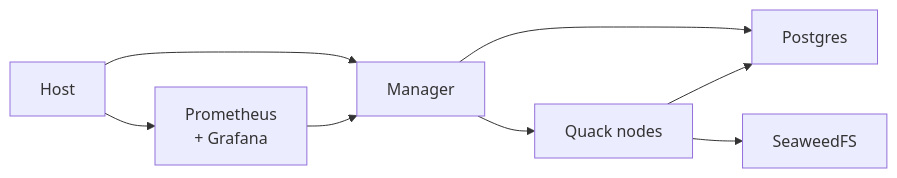
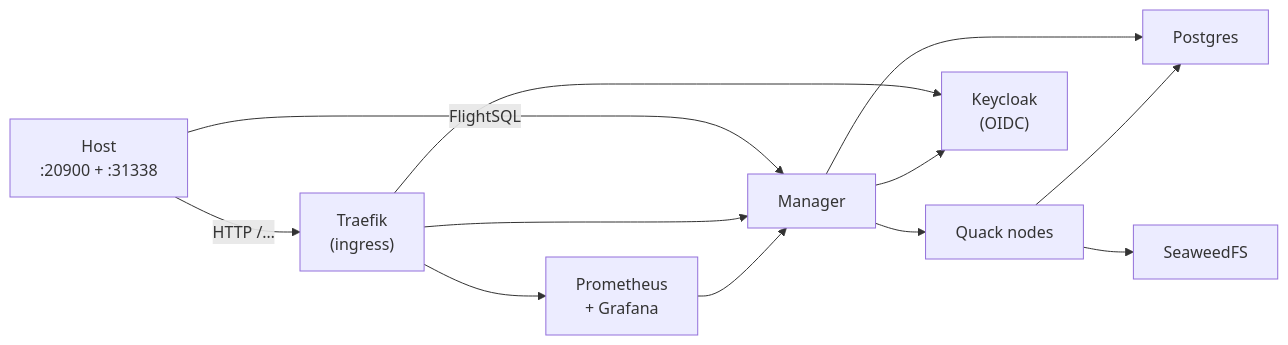
One commit to starlake-ai/quack-on-demand changed the first of 2 diagrams in charts/quack-on-demand/local-stack-k8s/README.md. Above: the diagram before and after it, drawn with Mermaid. The commit also changed other lines of this file and 25 other files, not shown here.

First line of the commit message:
feat(local-stack-k8s): Keycloak, Traefik ingress on :20900, landing page, observability + arch diagram

````diff
--- a/charts/quack-on-demand/local-stack-k8s/README.md
+++ b/charts/quack-on-demand/local-stack-k8s/README.md
@@ -34,17 +45,23 @@
 ```mermaid
 flowchart LR
-    host["Host"]
+    host["Host<br/>:20900 + :31338"]
+    traefik["Traefik<br/>(ingress)"]
     manager["Manager"]
     nodes["Quack nodes"]
     pg["Postgres"]
     sw["SeaweedFS"]
     obs["Prometheus<br/>+ Grafana"]
+    kc["Keycloak<br/>(OIDC)"]
 
-    host    --> manager
+    host    -- "HTTP /…"     --> traefik
+    host    -- "FlightSQL"    --> manager
+    traefik --> manager
+    traefik --> obs
+    traefik --> kc
     manager --> nodes
     manager --> pg
     nodes   --> pg
     nodes   --> sw
     obs     --> manager
-    host    --> obs
+    manager --> kc
 ```
````
